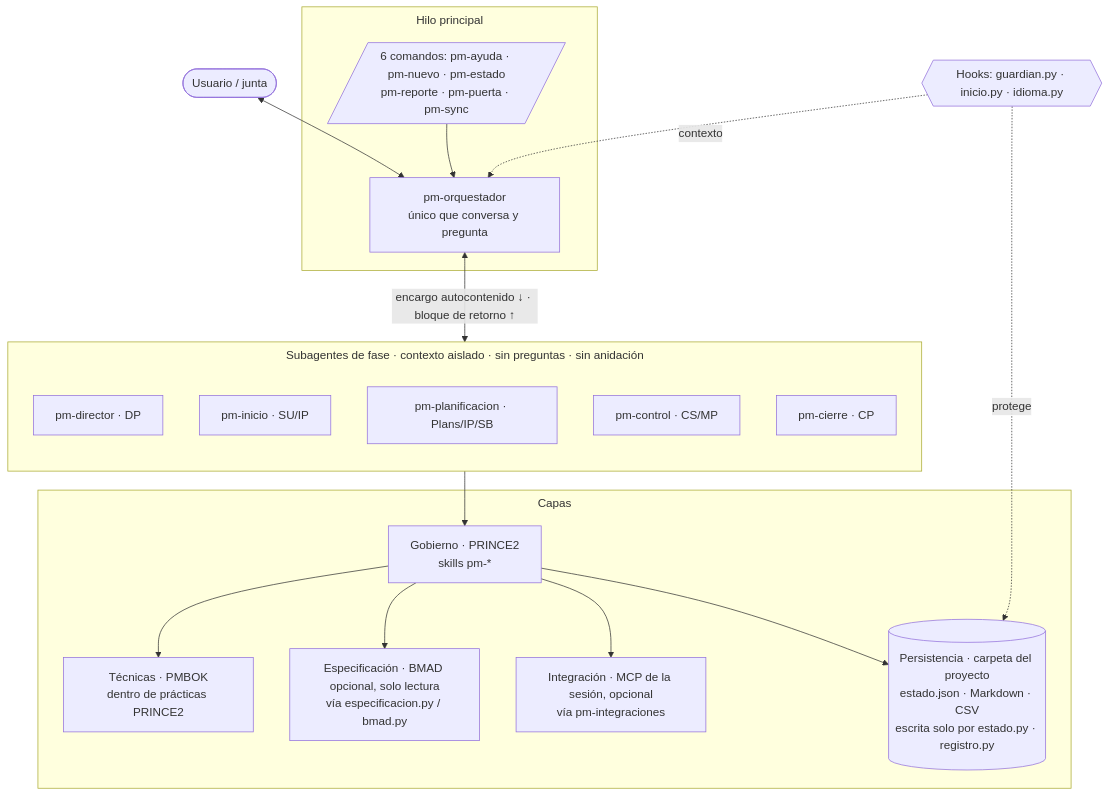
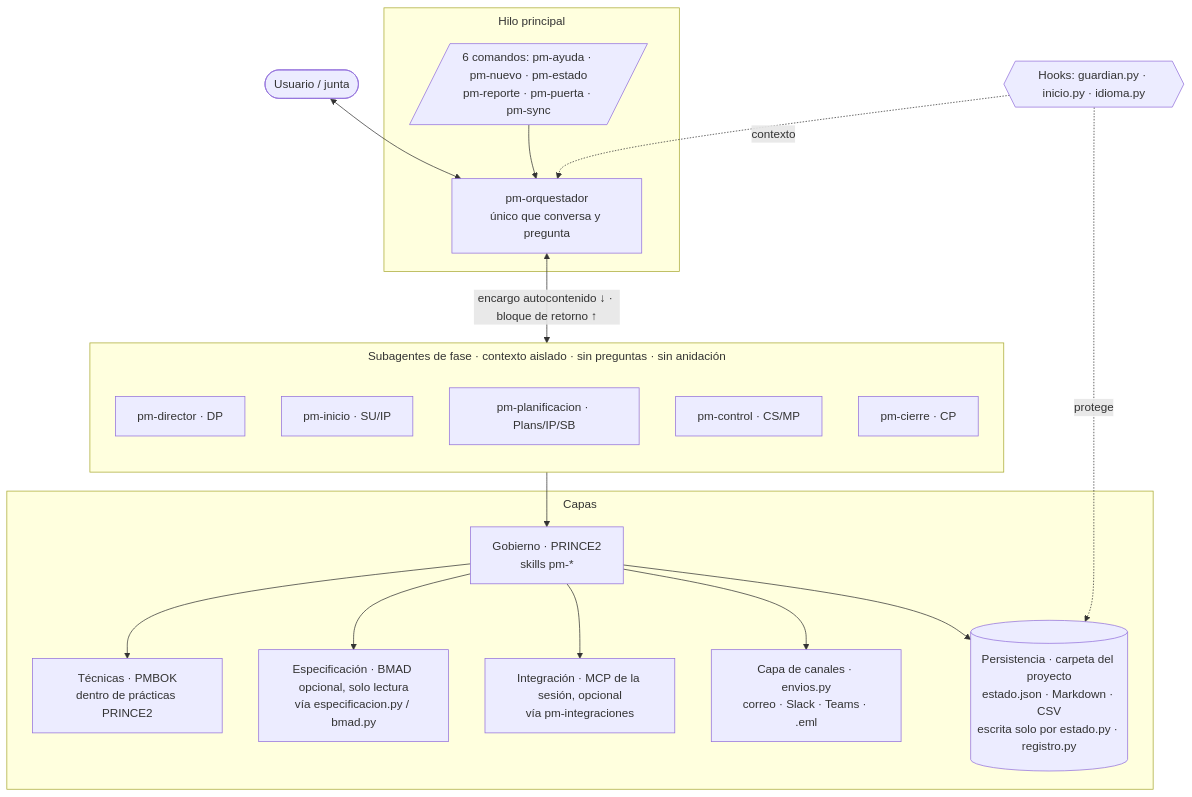
The first of 2 diagrams in docs/ARQUITECTURA.md (Arturo-Penas-Rial/pm-method), drawn with Mermaid before and after one commit. The commit also changed other lines of this file and 144 other files, not shown here.

Commit message:
pm-method 2.2.0: maestro de interesados, capa de canales, OKR v2.2, riesgos desde cuatro fuentes y controles permanentes

````diff
--- a/docs/ARQUITECTURA.md
+++ b/docs/ARQUITECTURA.md
@@ -16,43 +16,45 @@
 ```mermaid
 ---
 config:
   flowchart:
     subGraphTitleMargin:
       top: 6
       bottom: 18
 ---
 flowchart TB
   U([Usuario / junta]) <--> O
 
   subgraph HP[Hilo principal]
     C[/6 comandos: pm-ayuda · pm-nuevo · pm-estado<br/>pm-reporte · pm-puerta · pm-sync/]
     O[pm-orquestador<br/>único que conversa y pregunta]
     C --> O
   end
 
   subgraph SA[Subagentes de fase · contexto aislado · sin preguntas · sin anidación]
     direction TB
     DI[pm-director · DP]
     IN[pm-inicio · SU/IP]
     PL[pm-planificacion · Plans/IP/SB]
     CO[pm-control · CS/MP]
     CI[pm-cierre · CP]
   end
   O <-- "encargo autocontenido ↓ · bloque de retorno ↑" --> SA
 
   subgraph CAP[Capas]
     G[Gobierno · PRINCE2<br/>skills pm-*]
     T[Técnicas · PMBOK<br/>dentro de prácticas PRINCE2]
     E[Especificación · BMAD opcional, solo lectura<br/>vía especificacion.py / bmad.py]
     I[Integración · MCP de la sesión, opcional<br/>vía pm-integraciones]
+    K[Capa de canales · envios.py<br/>correo · Slack · Teams · .eml]
     P[(Persistencia · carpeta del proyecto<br/>estado.json · Markdown · CSV<br/>escrita solo por estado.py · registro.py)]
   end
   SA --> G
   G --> T
   G --> E
   G --> I
+  G --> K
   G --> P
 
   H{{Hooks: guardian.py · inicio.py · idioma.py}} -. protege .-> P
   H -. contexto .-> O
 ```
````
